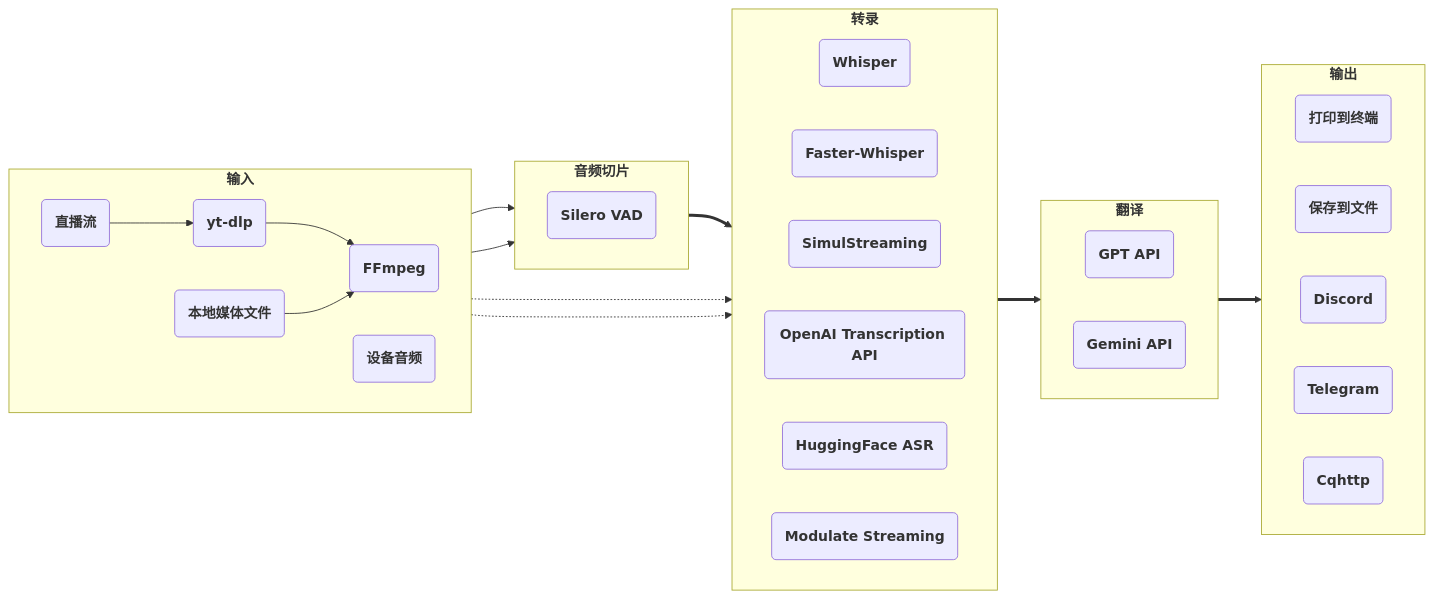
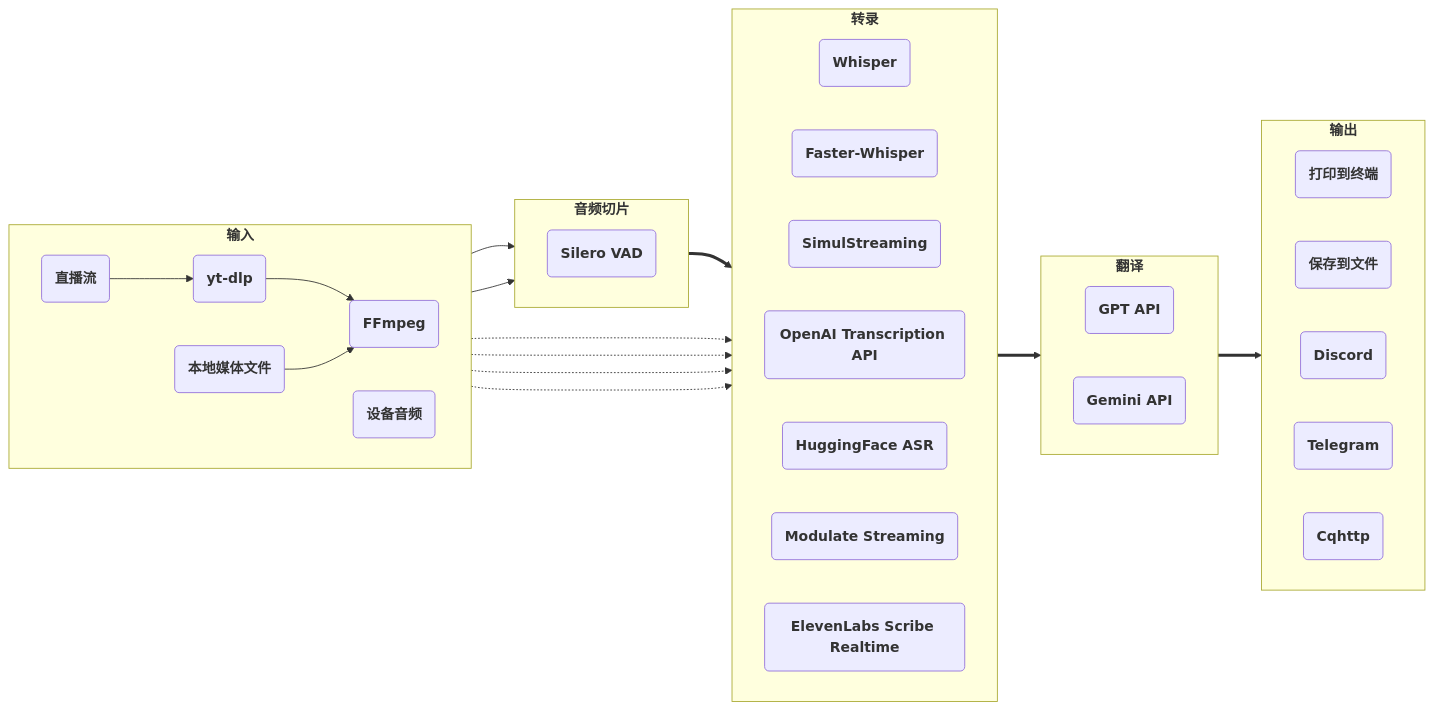
Before and after one commit to tqyaaaaang/stream-translator-gpt: the diagram in README_CN.md, drawn with Mermaid. The commit also changed other lines of this file and 15 other files, not shown here.

Commit message:
Add ElevenLabs Scribe realtime transcription with local manual commits

````diff
--- a/README_CN.md
+++ b/README_CN.md
@@ -26,47 +27,50 @@
 ```mermaid
 flowchart LR
     subgraph ga["`**输入**`"]
         direction LR
         aa("`**FFmpeg**`")
         ab("`**设备音频**`")
         ac("`**yt-dlp**`")
         ad("`**本地媒体文件**`")
         ae("`**直播流**`")
         ac --> aa
         ad --> aa
         ae --> ac
     end
     subgraph gb["`**音频切片**`"]
         direction LR
         ba("`**Silero VAD**`")
     end
     subgraph gc["`**转录**`"]
         direction LR
         ca("`**Whisper**`")
         cb("`**Faster-Whisper**`")
         cc("`**SimulStreaming**`")
         cd("`**OpenAI Transcription API**`")
         ce("`**HuggingFace ASR**`")
         cf("`**Modulate Streaming**`")
+        cg("`**ElevenLabs Scribe Realtime**`")
     end
     subgraph gd["`**翻译**`"]
         direction LR
         da("`**GPT API**`")
         db("`**Gemini API**`")
     end
     subgraph ge["`**输出**`"]
         direction LR
         ea("`**打印到终端**`")
         ee("`**保存到文件**`")
         ec("`**Discord**`")
         ed("`**Telegram**`")
         eb("`**Cqhttp**`")
     end
     aa --> gb
     ab --> gb
     gb ==> gc
     aa -.-> cf
     ab -.-> cf
+    aa -.-> cg
+    ab -.-> cg
     gc ==> gd
     gd ==> ge
 ```
````
